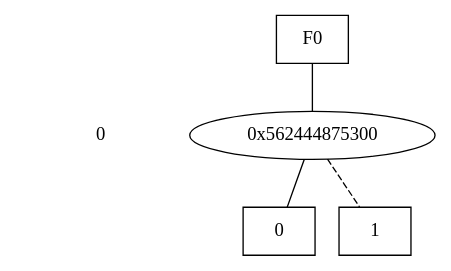
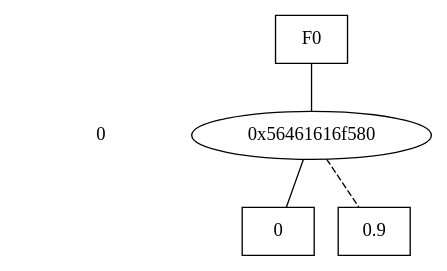
Before and after one commit to AAU-Dat/CuPAAL: the diagram in step_results/alpha_temp_0_1.dot, drawn with Graphviz. The commit also changed 38 other files, not shown here.

```diff
--- a/step_results/alpha_temp_0_1.dot
+++ b/step_results/alpha_temp_0_1.dot
@@ -1,25 +1,25 @@
 digraph "DD" {
 size = "7.5,10"
 center = true;
 edge [dir = none];
 { node [shape = plaintext];
   edge [style = invis];
   "CONST NODES" [style = invis];
 " 0 " -> "CONST NODES"; 
 }
 { rank = same; node [shape = box]; edge [style = invis];
 "F0"; }
 { rank = same; " 0 ";
-"0x562444875300";
+"0x56461616f580";
 }
 { rank = same; "CONST NODES";
-{ node [shape = box]; "0x562444875260";
-"0x562444875240";
+{ node [shape = box]; "0x56461616f260";
+"0x56461616f520";
 }
 }
-"F0" -> "0x562444875300" [style = solid];
-"0x562444875300" -> "0x562444875260";
-"0x562444875300" -> "0x562444875240" [style = dashed];
-"0x562444875260" [label = "0"];
-"0x562444875240" [label = "1"];
+"F0" -> "0x56461616f580" [style = solid];
+"0x56461616f580" -> "0x56461616f260";
+"0x56461616f580" -> "0x56461616f520" [style = dashed];
+"0x56461616f260" [label = "0"];
+"0x56461616f520" [label = "0.9"];
 }
```
